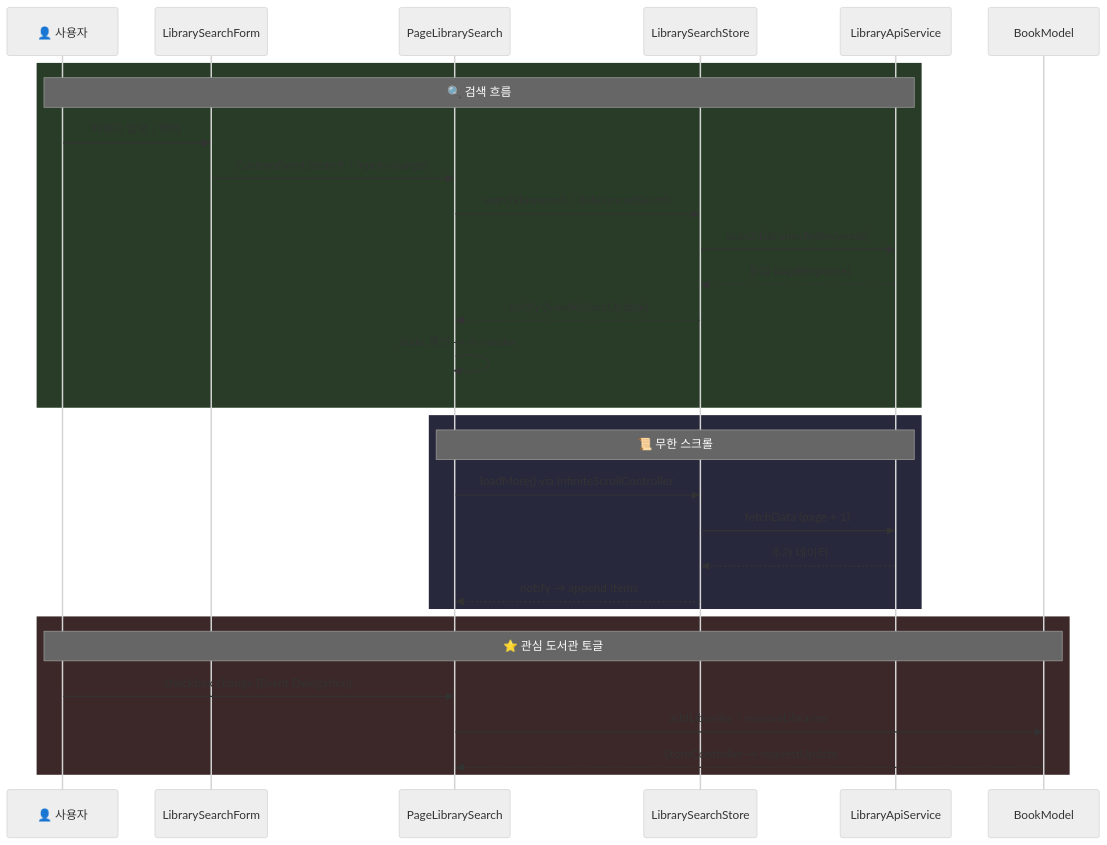
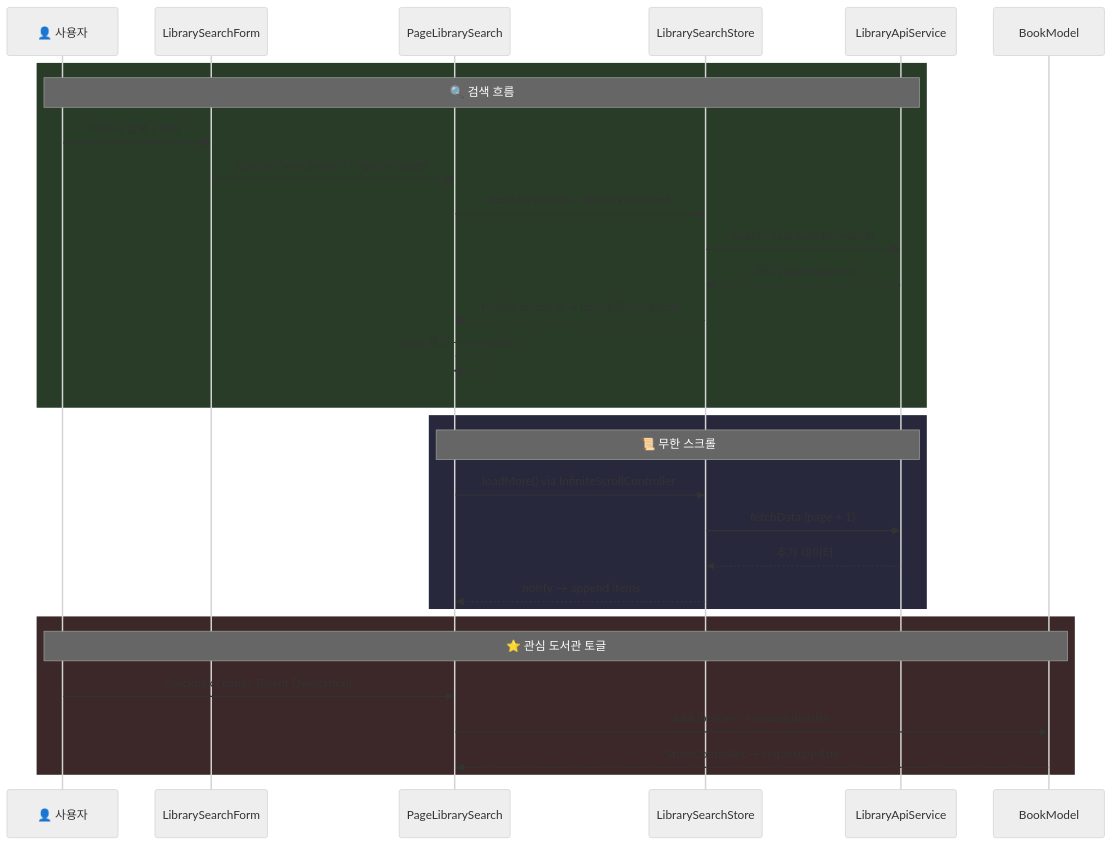
Before and after one commit to thegicode/book-world: the third of 4 diagrams in docs/LibrarySearch/library_search_architecture_analysis_20260226_cl.md, drawn with Mermaid (neutral theme). The commit also changed other lines of this file and 7 other files, not shown here.

````diff
--- a/docs/LibrarySearch/library_search_architecture_analysis_20260226_cl.md
+++ b/docs/LibrarySearch/library_search_architecture_analysis_20260226_cl.md
@@ -48,35 +68,35 @@
 ```mermaid
 sequenceDiagram
     participant U as 👤 사용자
     participant F as LibrarySearchForm
     participant P as PageLibrarySearch
     participant S as LibrarySearchStore
     participant A as LibraryApiService
     participant B as BookModel
 
     rect rgb(40, 60, 40)
     Note over U,A: 🔍 검색 흐름
     U->>F: 키워드 입력 / 엔터
     F->>P: CustomEvent (search / input-change)
     P->>S: search(keyword) / debouncedSearch
     S->>A: searchLibrariesByKeyword()
     A-->>S: 응답 (IApiResponse)
-    S-->>P: notify (handleStoreUpdate)
+    S-->>P: Publisher.notify → handleStoreUpdate
     P->>P: _state 갱신 → re-render
     end
 
     rect rgb(40, 40, 60)
     Note over P,A: 📜 무한 스크롤
     P->>S: loadMore() via InfiniteScrollController
     S->>A: fetchData (page + 1)
     A-->>S: 추가 데이터
     S-->>P: notify → append items
     end
 
     rect rgb(60, 40, 40)
     Note over U,B: ⭐ 관심 도서관 토글
     U->>P: checkbox change (Event Delegation)
     P->>B: addLibraries / removeLibraries
     B-->>P: StoreController → requestUpdate
     end
 ```
````
